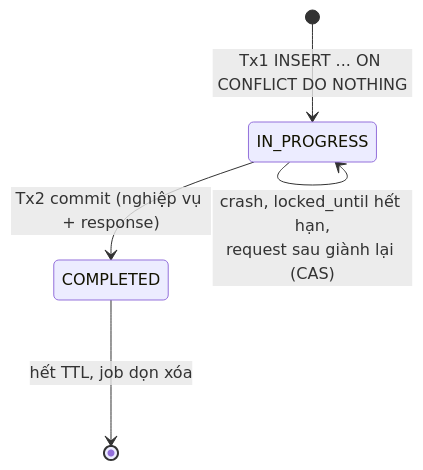
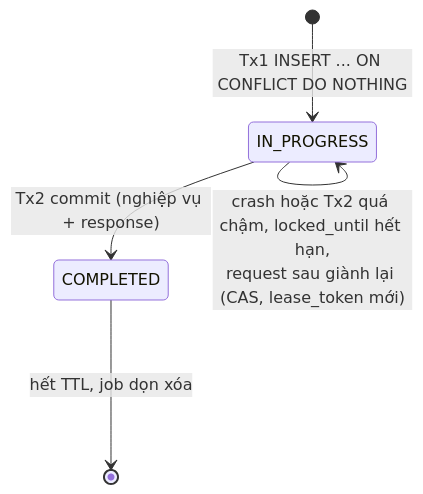
Before and after one commit to HoangThanhMan/ledgerly: the diagram in docs/weeks/tuan-05.md, drawn with Mermaid. The commit also changed other lines of this file and 2 other files, not shown here.

First line of the commit message:
docs: review architecture (#68)

````diff
--- a/docs/weeks/tuan-05.md
+++ b/docs/weeks/tuan-05.md
@@ -29,7 +29,7 @@
 ```mermaid
 stateDiagram-v2
     [*] --> IN_PROGRESS: Tx1 INSERT ... ON CONFLICT DO NOTHING
     IN_PROGRESS --> COMPLETED: Tx2 commit (nghiệp vụ + response)
-    IN_PROGRESS --> IN_PROGRESS: crash, locked_until hết hạn,<br/>request sau giành lại (CAS)
+    IN_PROGRESS --> IN_PROGRESS: crash hoặc Tx2 quá chậm, locked_until hết hạn,<br/>request sau giành lại (CAS, lease_token mới)
     COMPLETED --> [*]: hết TTL, job dọn xóa
 ```
````
